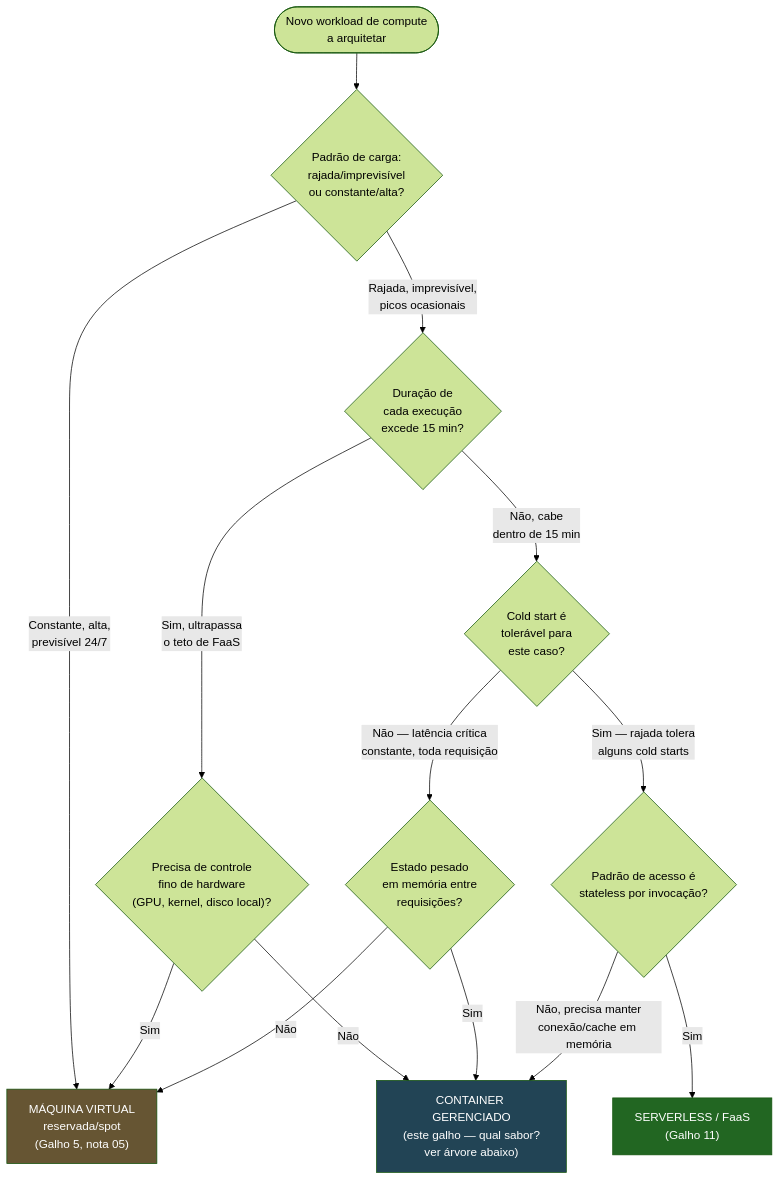
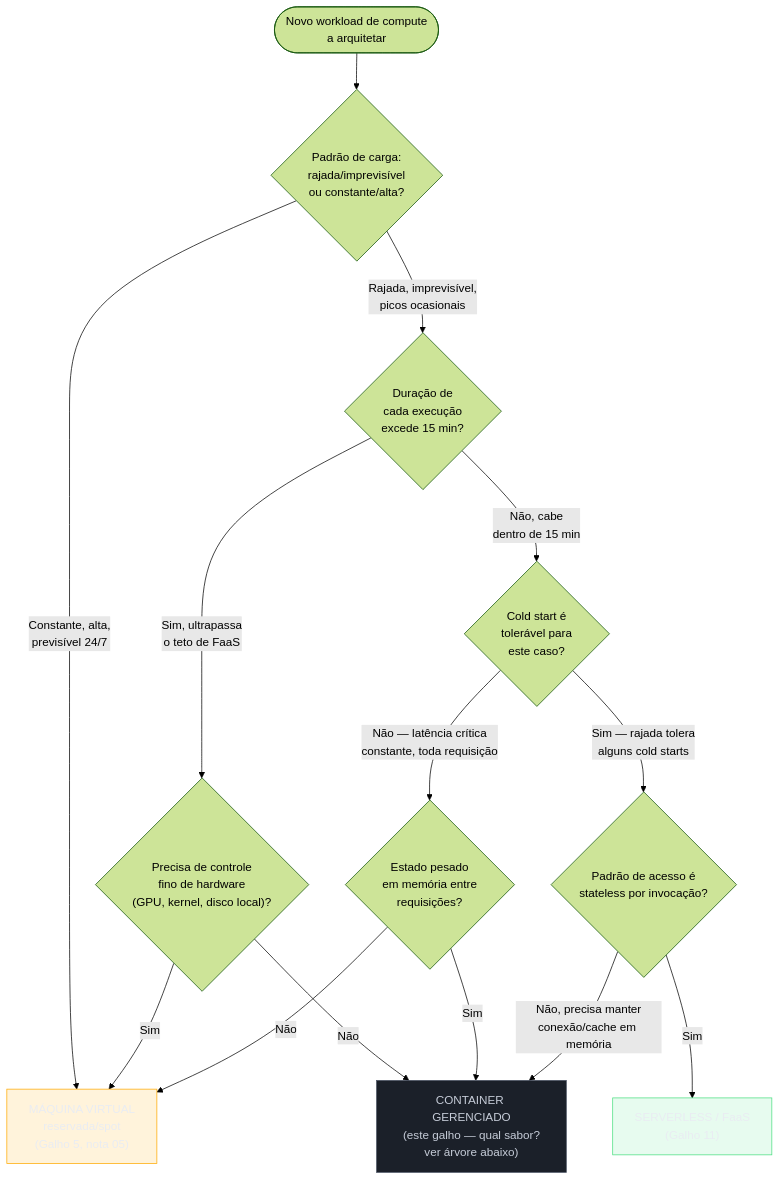
One commit to josenaldo/codex-technomanticus changed the first of 3 diagrams in 03-Dominios/Tecnologia/Cloud/12 - Containers gerenciados/06 - Container vs VM vs serverless (capstone).md. Above: the diagram before and after it, drawn with Mermaid (forest theme). The commit also changed other lines of this file and 1181 other files, not shown here.

First line of the commit message:
fix(diagramas): paleta do sistema no lugar de cor cravada no markdown

````diff
--- a/03-Dominios/Tecnologia/Cloud/12 - Containers gerenciados/06 - Container vs VM vs serverless (capstone).md
+++ b/03-Dominios/Tecnologia/Cloud/12 - Containers gerenciados/06 - Container vs VM vs serverless (capstone).md
@@ -27,29 +27,32 @@
 ```mermaid
 flowchart TD
+    classDef ok fill:#4ADE8021,stroke:#4ADE80,color:#E9ECF2
+    classDef neutro fill:#1B2029,stroke:#4E5666,color:#C6CCD8
+    classDef destaque fill:#FFAA0024,stroke:#FFAA00,color:#E9ECF2
     Start(["Novo workload de compute<br/>a arquitetar"])
 
     Q1{"Padrão de carga:<br/>rajada/imprevisível<br/>ou constante/alta?"}
     Start --> Q1
 
     Q1 -->|"Rajada, imprevisível,<br/>picos ocasionais"| Q2{"Duração de<br/>cada execução<br/>excede 15 min?"}
     Q1 -->|"Constante, alta,<br/>previsível 24/7"| VM["MÁQUINA VIRTUAL<br/>reservada/spot<br/>(Galho 5, nota 05)"]
 
     Q2 -->|"Sim, ultrapassa<br/>o teto de FaaS"| Q3{"Precisa de controle<br/>fino de hardware<br/>(GPU, kernel, disco local)?"}
     Q2 -->|"Não, cabe<br/>dentro de 15 min"| Q4{"Cold start é<br/>tolerável para<br/>este caso?"}
 
     Q3 -->|"Sim"| VM
     Q3 -->|"Não"| Container["CONTAINER GERENCIADO<br/>(este galho — qual sabor?<br/>ver árvore abaixo)"]
 
     Q4 -->|"Não — latência crítica<br/>constante, toda requisição"| Q5{"Estado pesado<br/>em memória entre<br/>requisições?"}
     Q4 -->|"Sim — rajada tolera<br/>alguns cold starts"| Q6{"Padrão de acesso é<br/>stateless por invocação?"}
 
     Q5 -->|"Sim"| Container
     Q5 -->|"Não"| VM
 
     Q6 -->|"Sim"| Serverless["SERVERLESS / FaaS<br/>(Galho 11)"]
     Q6 -->|"Não, precisa manter<br/>conexão/cache em memória"| Container
 
-    style Serverless fill:#262,color:#fff
-    style Container fill:#245,color:#fff
-    style VM fill:#653,color:#fff
+    class Serverless ok
+    class Container neutro
+    class VM destaque
 ```
````
